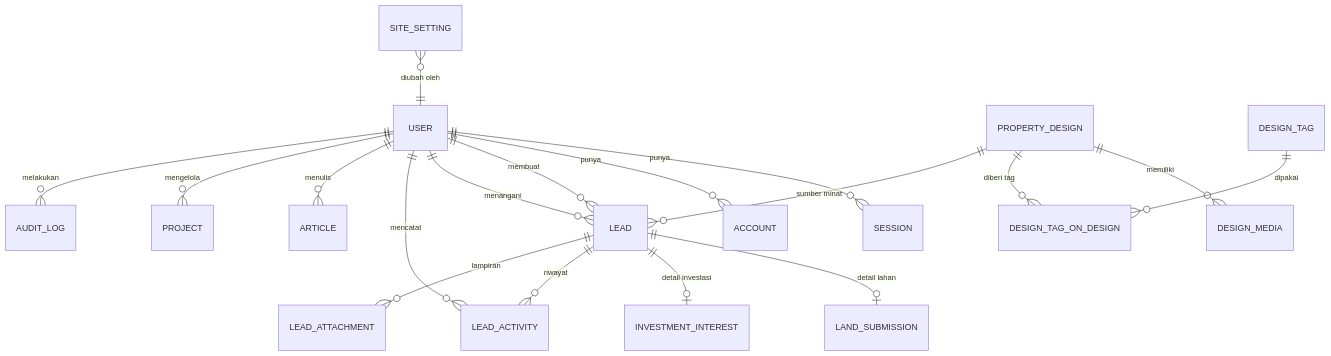
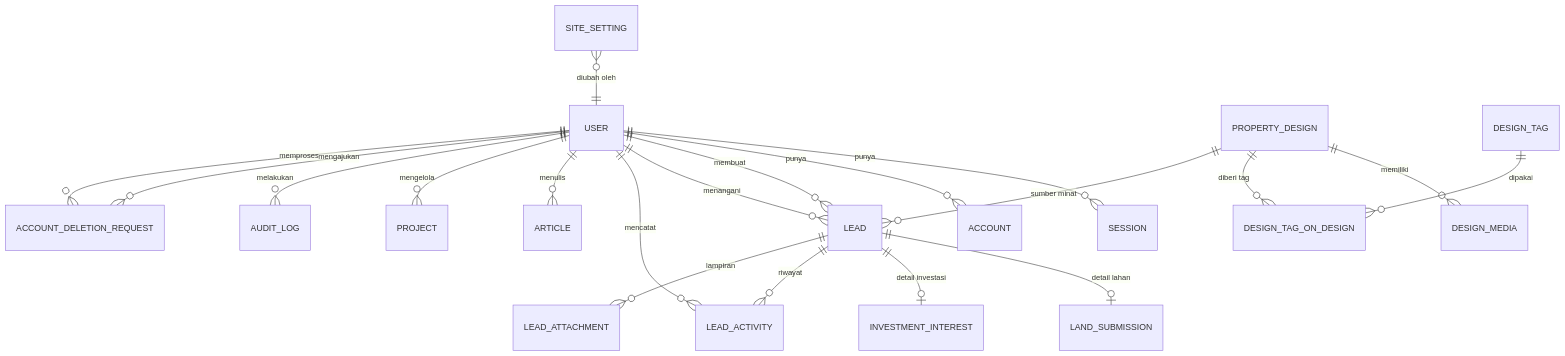
The diagram in docs/04-data-model.md (Makongsi-Capital/azetta), drawn with Mermaid before and after one commit. The commit also changed other lines of this file and 11 other files, not shown here.

````diff
--- a/docs/04-data-model.md
+++ b/docs/04-data-model.md
@@ -17,23 +17,25 @@
 ```mermaid
 erDiagram
     USER ||--o{ SESSION : "punya"
     USER ||--o{ ACCOUNT : "punya"
     USER ||--o{ LEAD : "membuat"
     USER ||--o{ LEAD : "menangani"
     USER ||--o{ LEAD_ACTIVITY : "mencatat"
     USER ||--o{ ARTICLE : "menulis"
     USER ||--o{ PROJECT : "mengelola"
     USER ||--o{ AUDIT_LOG : "melakukan"
+    USER ||--o{ ACCOUNT_DELETION_REQUEST : "mengajukan"
+    USER ||--o{ ACCOUNT_DELETION_REQUEST : "memproses"
 
     PROPERTY_DESIGN ||--o{ DESIGN_MEDIA : "memiliki"
     PROPERTY_DESIGN ||--o{ DESIGN_TAG_ON_DESIGN : "diberi tag"
     DESIGN_TAG ||--o{ DESIGN_TAG_ON_DESIGN : "dipakai"
     PROPERTY_DESIGN ||--o{ LEAD : "sumber minat"
 
     LEAD ||--o| LAND_SUBMISSION : "detail lahan"
     LEAD ||--o| INVESTMENT_INTEREST : "detail investasi"
     LEAD ||--o{ LEAD_ACTIVITY : "riwayat"
     LEAD ||--o{ LEAD_ATTACHMENT : "lampiran"
 
     SITE_SETTING }o--|| USER : "diubah oleh"
 ```
````
